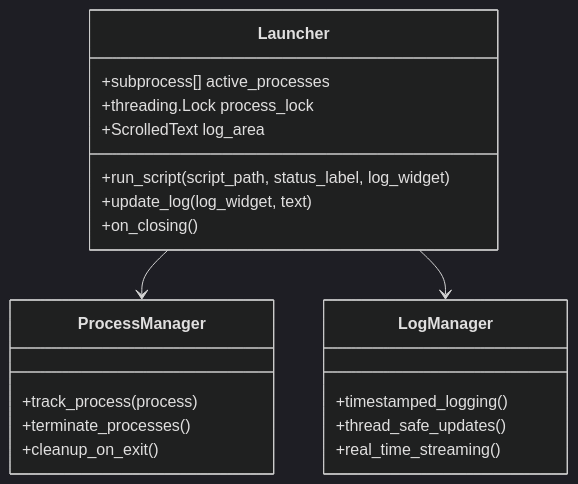
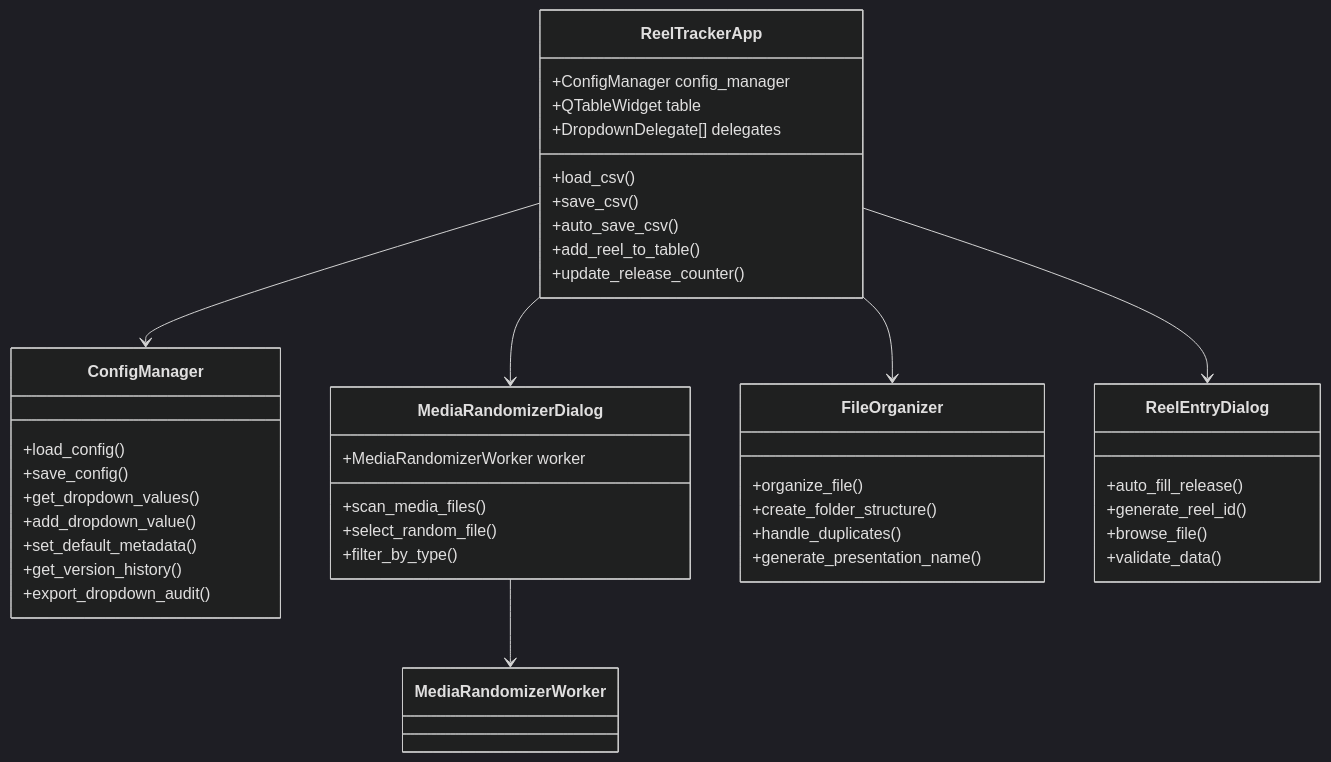
One commit to blakedemarest/BEDROT-Media-Suite changed the third of 15 diagrams in ARCHITECTURE_DOCUMENTATION.md. Above: the diagram before and after it, drawn with Mermaid (dark theme). The commit also changed other lines of this file and 54 other files, not shown here.

````diff
--- a/ARCHITECTURE_DOCUMENTATION.md
+++ b/ARCHITECTURE_DOCUMENTATION.md
@@ -128,26 +204,50 @@
 ```mermaid
 classDiagram
-    class Launcher {
-        +subprocess[] active_processes
-        +threading.Lock process_lock
-        +ScrolledText log_area
-        +run_script(script_path, status_label, log_widget)
-        +update_log(log_widget, text)
-        +on_closing()
+    class ReelTrackerApp {
+        +ConfigManager config_manager
+        +QTableWidget table
+        +DropdownDelegate[] delegates
+        +load_csv()
+        +save_csv()
+        +auto_save_csv()
+        +add_reel_to_table()
+        +update_release_counter()
     }
     
-    class ProcessManager {
-        +track_process(process)
-        +terminate_processes()
-        +cleanup_on_exit()
+    class ConfigManager {
+        +load_config()
+        +save_config()
+        +get_dropdown_values()
+        +add_dropdown_value()
+        +set_default_metadata()
+        +get_version_history()
+        +export_dropdown_audit()
     }
     
-    class LogManager {
-        +timestamped_logging()
-        +thread_safe_updates()
-        +real_time_streaming()
+    class MediaRandomizerDialog {
+        +MediaRandomizerWorker worker
+        +scan_media_files()
+        +select_random_file()
+        +filter_by_type()
     }
     
-    Launcher --> ProcessManager
-    Launcher --> LogManager
+    class FileOrganizer {
+        +organize_file()
+        +create_folder_structure()
+        +handle_duplicates()
+        +generate_presentation_name()
+    }
+    
+    class ReelEntryDialog {
+        +auto_fill_release()
+        +generate_reel_id()
+        +browse_file()
+        +validate_data()
+    }
+    
+    ReelTrackerApp --> ConfigManager
+    ReelTrackerApp --> MediaRandomizerDialog
+    ReelTrackerApp --> FileOrganizer
+    ReelTrackerApp --> ReelEntryDialog
+    MediaRandomizerDialog --> MediaRandomizerWorker
 ```
````
